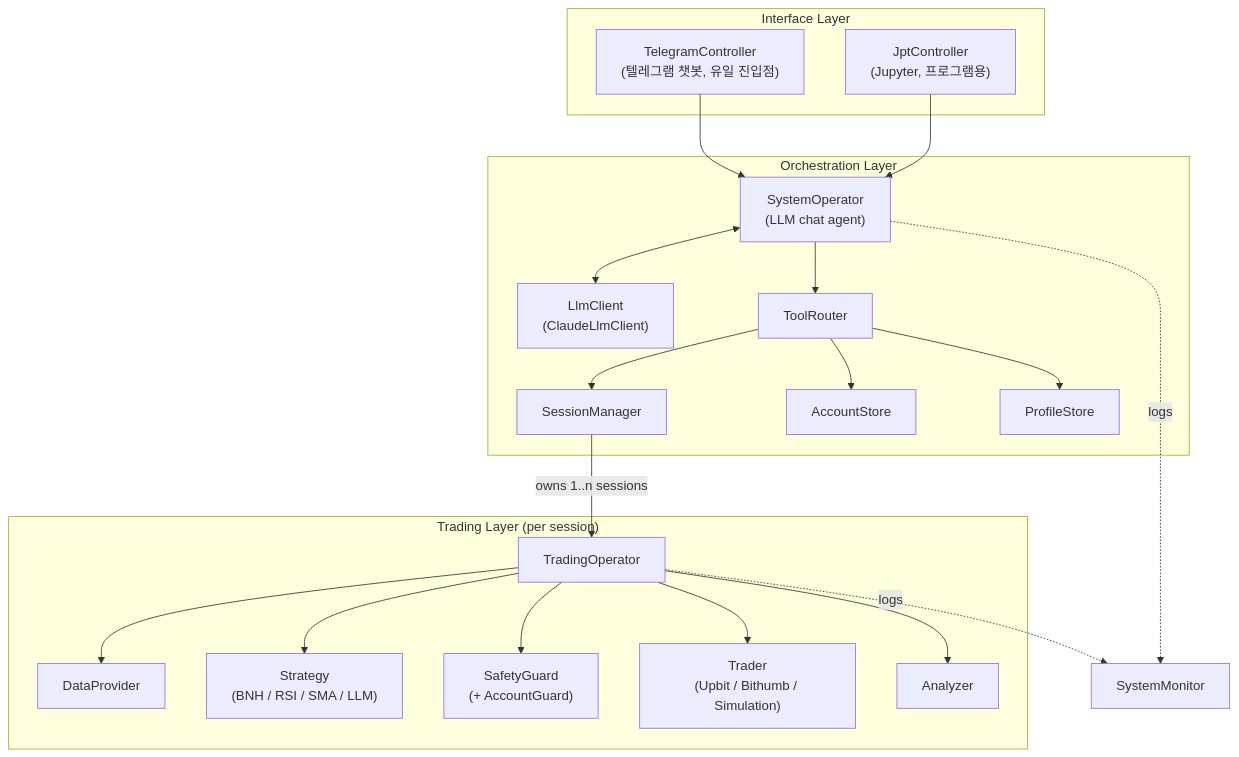
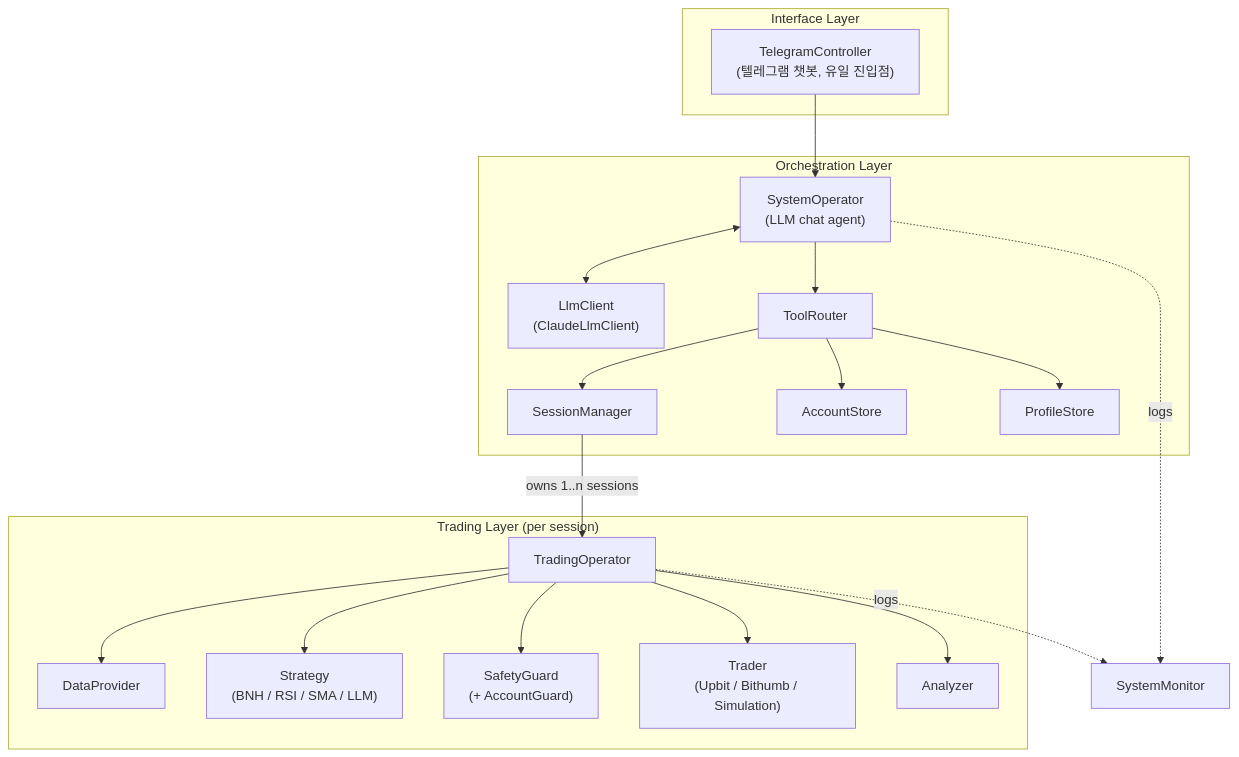
Before and after one commit to msaltnet/smtm: the first of 2 diagrams in docs/wiki/architecture.md, drawn with Mermaid. The commit also changed other lines of this file and 14 other files, not shown here.

Commit message:
refactor: remove Jupyter controller

````diff
--- a/docs/wiki/architecture.md
+++ b/docs/wiki/architecture.md
@@ -23,43 +23,41 @@
 ```mermaid
 flowchart TB
     subgraph Interface["Interface Layer"]
         TG["TelegramController<br/>(텔레그램 챗봇, 유일 진입점)"]
-        JPT["JptController<br/>(Jupyter, 프로그램용)"]
     end
 
     subgraph Orchestration["Orchestration Layer"]
         SO["SystemOperator<br/>(LLM chat agent)"]
         LC["LlmClient<br/>(ClaudeLlmClient)"]
         TR["ToolRouter"]
         SM["SessionManager"]
         AS["AccountStore"]
         PS["ProfileStore"]
     end
 
     subgraph Trading["Trading Layer (per session)"]
         TO["TradingOperator"]
         DP["DataProvider"]
         ST["Strategy<br/>(BNH / RSI / SMA / LLM)"]
         SG["SafetyGuard<br/>(+ AccountGuard)"]
         TD["Trader<br/>(Upbit / Bithumb / Simulation)"]
         AN["Analyzer"]
     end
 
     MON["SystemMonitor"]
 
     TG --> SO
-    JPT --> SO
     SO <--> LC
     SO --> TR
     TR --> SM
     TR --> AS
     TR --> PS
     SM -- "owns 1..n sessions" --> TO
     TO --> DP
     TO --> ST
     TO --> SG
     TO --> TD
     TO --> AN
     TO -. "logs" .-> MON
     SO -. "logs" .-> MON
 ```
````
